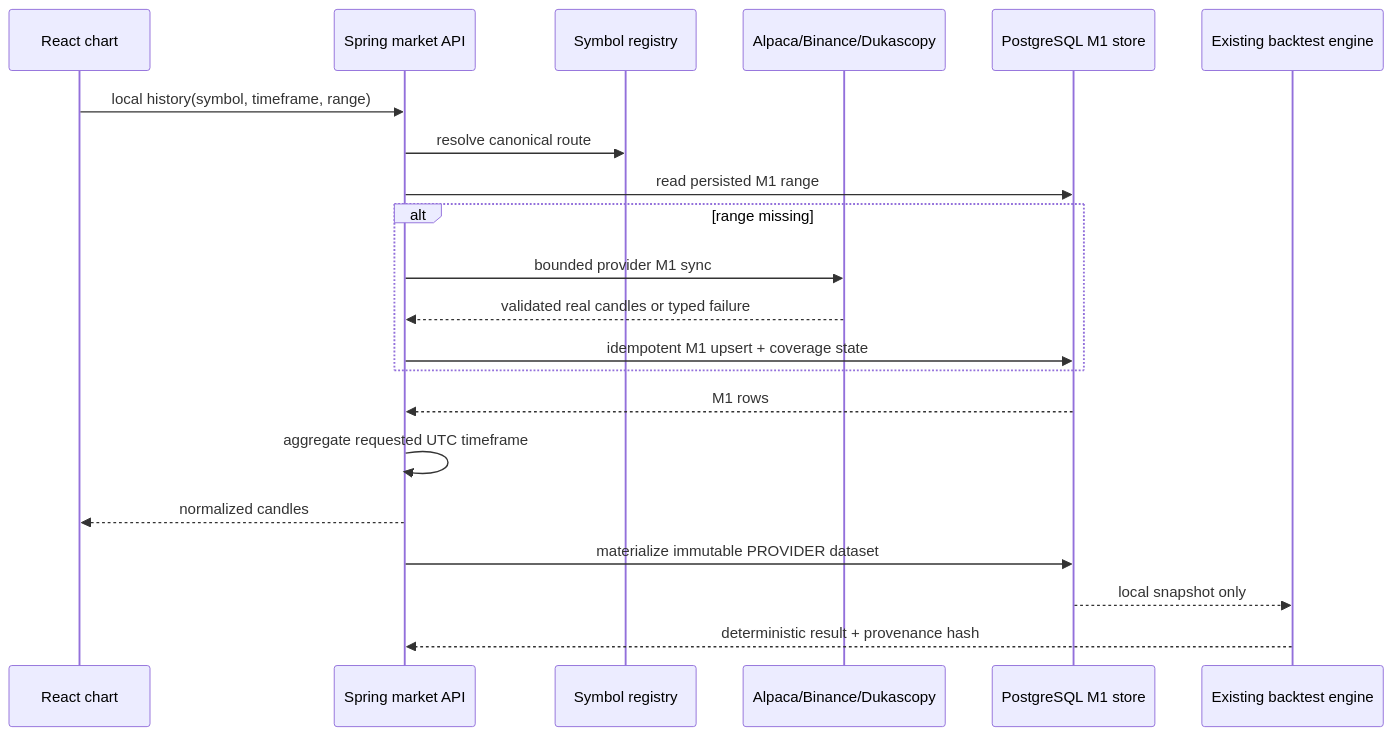
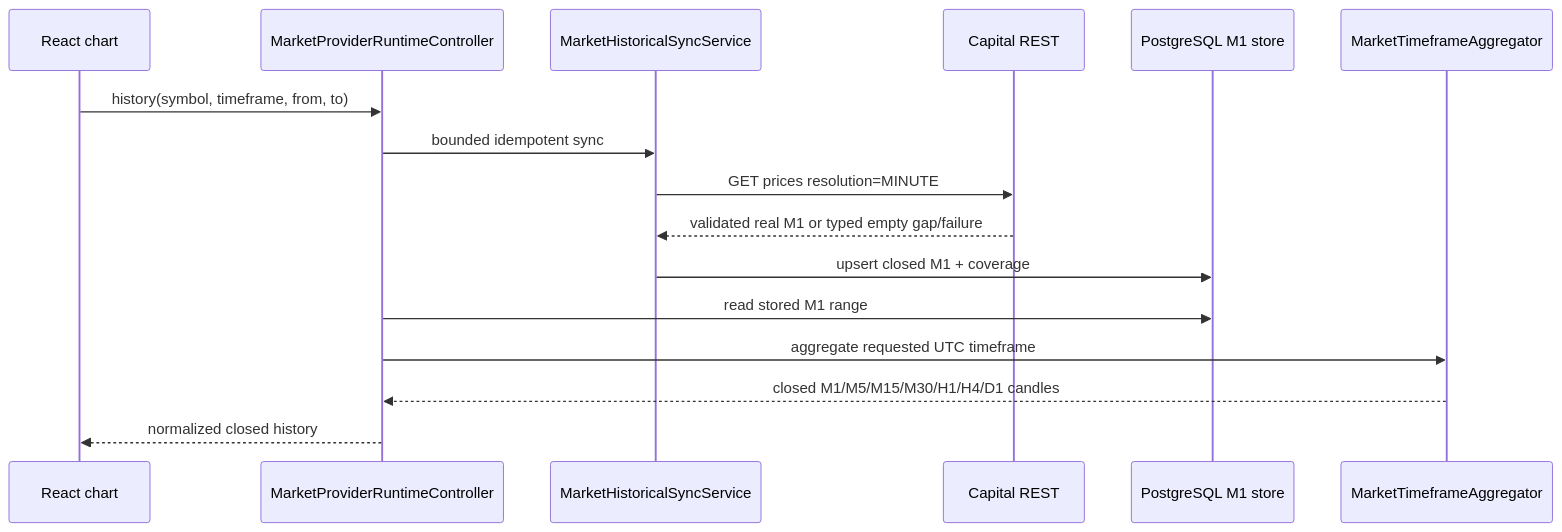
The first of 4 diagrams in specs/PB-049/design.md (tranbaohoang10/AITrading), drawn with Mermaid before and after one commit. The commit also changed other lines of this file and 63 other files, not shown here.

First line of the commit message:
feat(market-data): tích hợp Capital.com và nến realtime đa khung

````diff
--- a/specs/PB-049/design.md
+++ b/specs/PB-049/design.md
@@ -5,23 +5,18 @@
 ```mermaid
 sequenceDiagram
   participant UI as React chart
-  participant API as Spring market API
-  participant R as Symbol registry
-  participant P as Alpaca/Binance/Dukascopy
+  participant API as MarketProviderRuntimeController
+  participant S as MarketHistoricalSyncService
+  participant C as Capital REST
   participant DB as PostgreSQL M1 store
-  participant B as Existing backtest engine
-  UI->>API: local history(symbol, timeframe, range)
-  API->>R: resolve canonical route
-  API->>DB: read persisted M1 range
-  alt range missing
-    API->>P: bounded provider M1 sync
-    P-->>API: validated real candles or typed failure
-    API->>DB: idempotent M1 upsert + coverage state
-  end
-  DB-->>API: M1 rows
-  API->>API: aggregate requested UTC timeframe
-  API-->>UI: normalized candles
-  API->>DB: materialize immutable PROVIDER dataset
-  DB-->>B: local snapshot only
-  B-->>API: deterministic result + provenance hash
+  participant A as MarketTimeframeAggregator
+  UI->>API: history(symbol, timeframe, from, to)
+  API->>S: bounded idempotent sync
+  S->>C: GET prices resolution=MINUTE
+  C-->>S: validated real M1 or typed empty gap/failure
+  S->>DB: upsert closed M1 + coverage
+  API->>DB: read stored M1 range
+  API->>A: aggregate requested UTC timeframe
+  A-->>API: closed M1/M5/M15/M30/H1/H4/D1 candles
+  API-->>UI: normalized closed history
 ```
````
